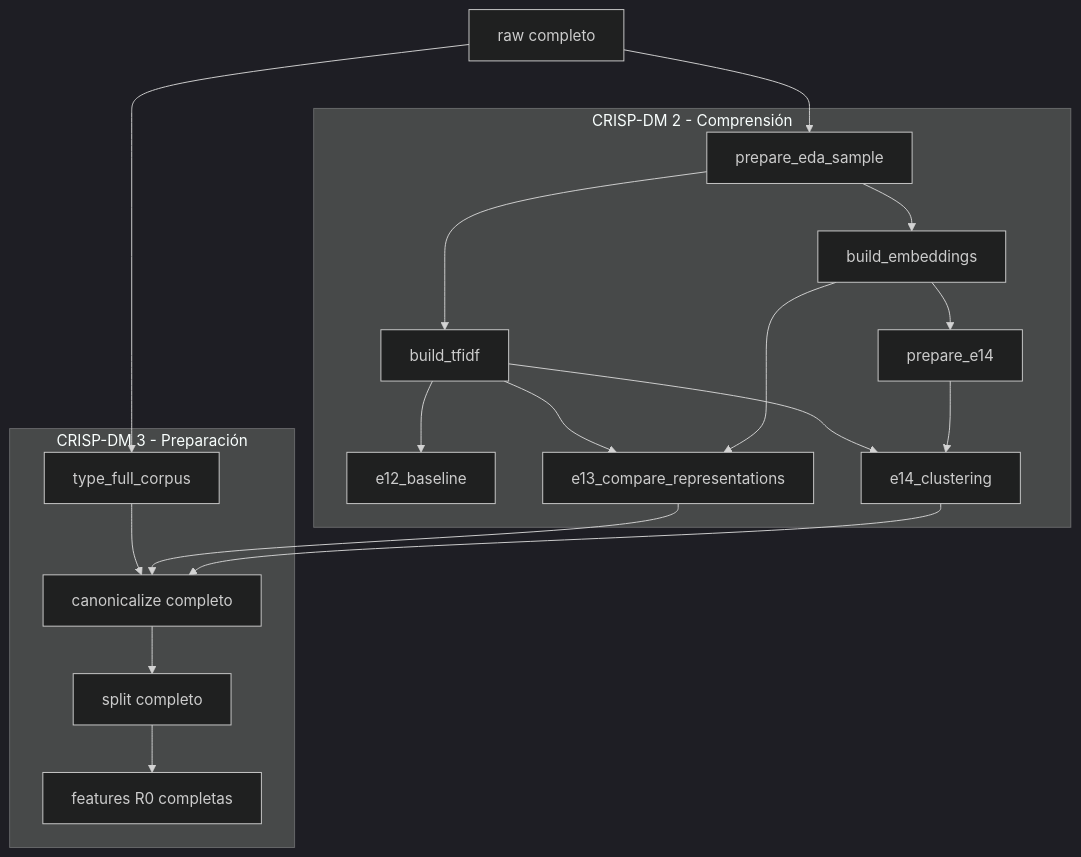
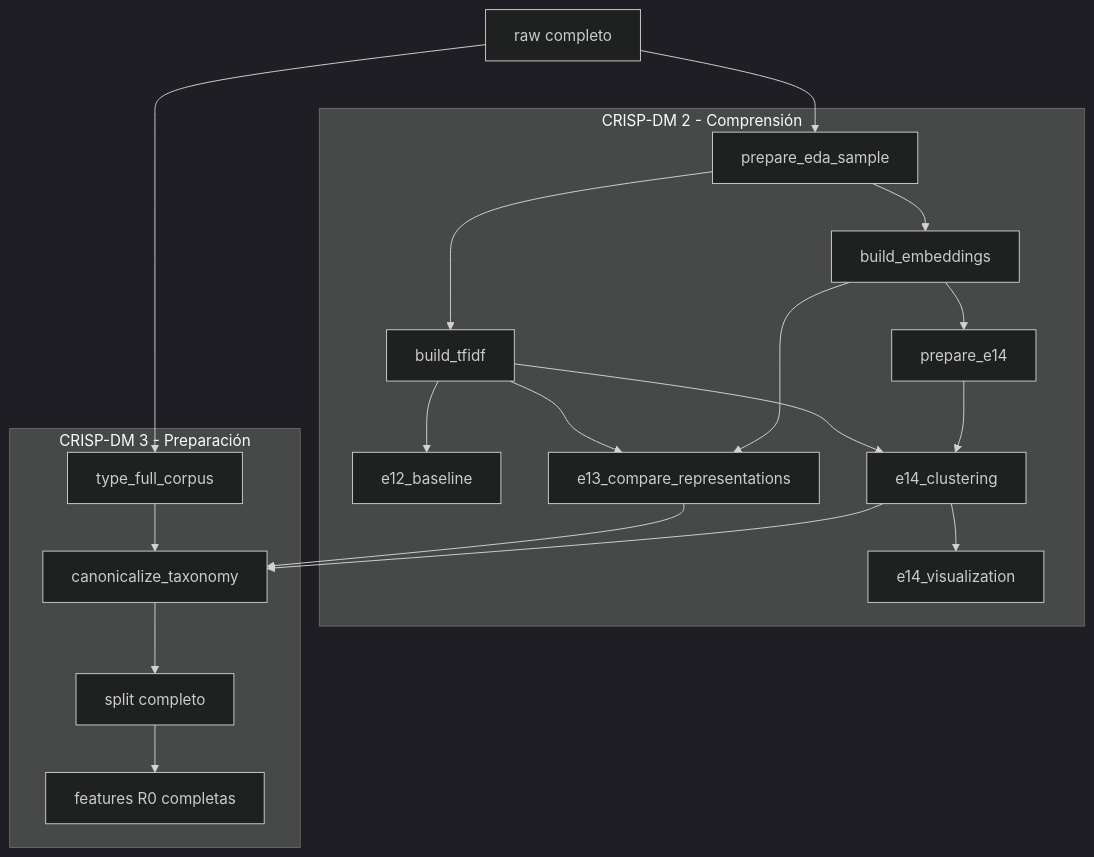
Before and after one commit to Codenid/capstone-claims-triage: the third of 3 diagrams in reports/informe/informe.qmd, drawn with Mermaid (dark theme). The commit also changed other lines of this file and 11 other files, not shown here.

Commit message:
Canonicalize complaint taxonomy

````diff
--- a/reports/informe/informe.qmd
+++ b/reports/informe/informe.qmd
@@ -1622,32 +1672,34 @@
 ```{mermaid}
 flowchart TD
     A[raw completo]
     subgraph U[CRISP-DM 2 - Comprensión]
         B[prepare_eda_sample]
         C[build_tfidf]
         D[build_embeddings]
         E[e12_baseline]
         F[e13_compare_representations]
         G[prepare_e14]
         H[e14_clustering]
+        V[e14_visualization]
         B --> C
         B --> D
         C --> E
         C --> F
         D --> F
         D --> G
         C --> H
         G --> H
+        H --> V
     end
     subgraph P[CRISP-DM 3 - Preparación]
         I[type_full_corpus]
-        J[canonicalize completo]
+        J[canonicalize_taxonomy]
         K[split completo]
         L[features R0 completas]
         I --> J --> K --> L
     end
     A --> B
     A --> I
     F --> J
     H --> J
 ```
````
